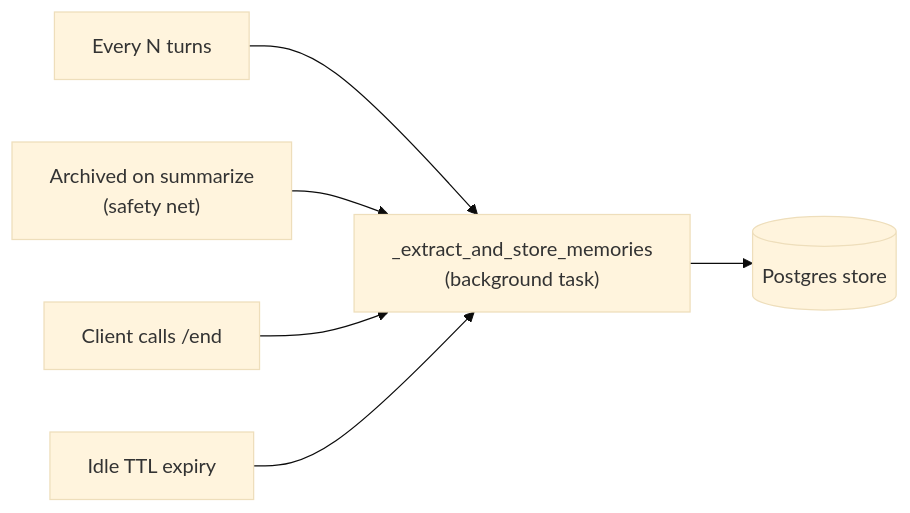
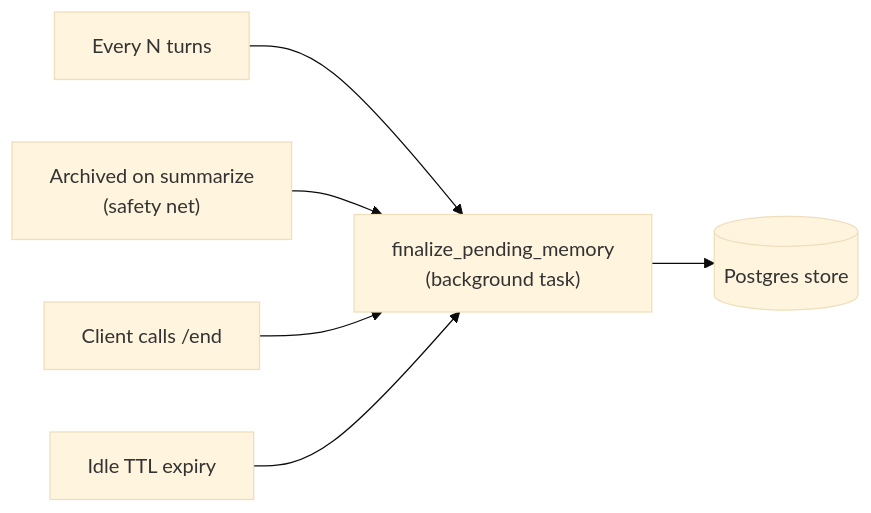
One commit to ayushagarwal27/companion_ai changed the third of 4 diagrams in README.md. Above: the diagram before and after it, drawn with Mermaid (base theme). The commit also changed other lines of this file and 2 other files, not shown here.

````diff
--- a/README.md
+++ b/README.md
@@ -81,8 +192,8 @@
 ```mermaid
 flowchart LR
-    T1["Every N turns"] --> EX["_extract_and_store_memories\n(background task)"]
+    T1["Every N turns"] --> EX["finalize_pending_memory\n(background task)"]
     T2["Archived on summarize\n(safety net)"] --> EX
     T3["Client calls /end"] --> EX
     T4["Idle TTL expiry"] --> EX
     EX --> PG[("Postgres store")]
 ```
````
